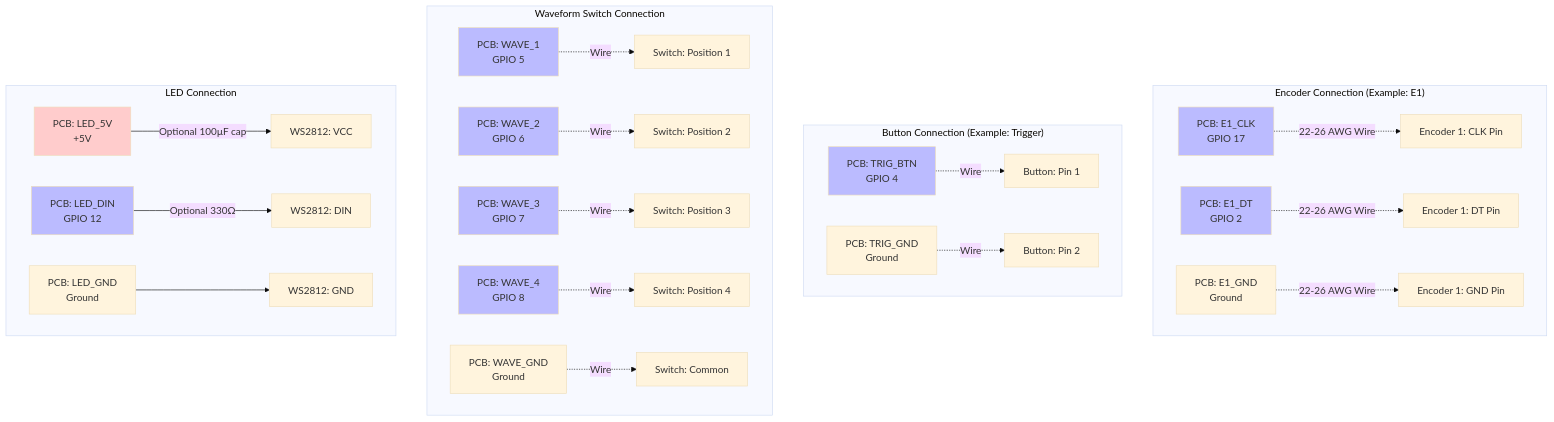
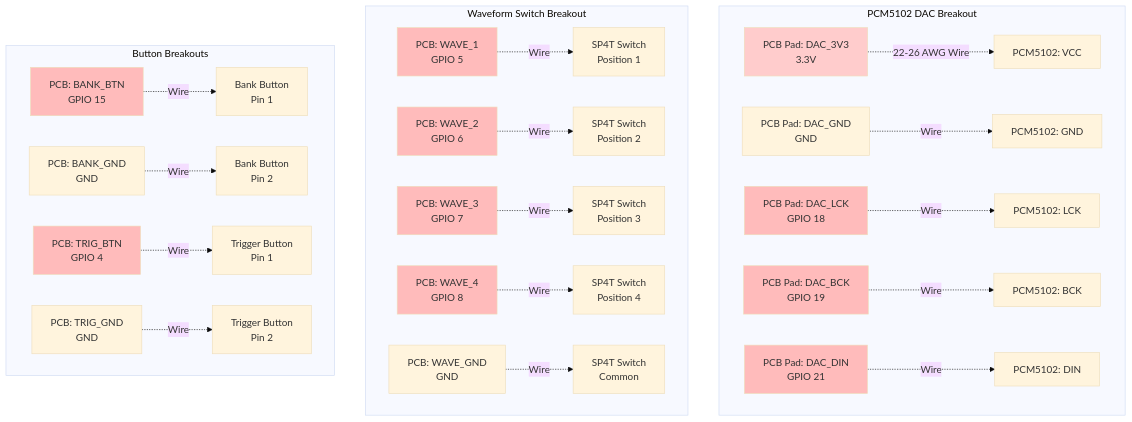
Before and after one commit to parkredding/poor-house-dub-v2: the sixth of 11 diagrams in PCB_SCHEMATIC.md, drawn with Mermaid (base theme). The commit also changed other lines of this file and 1 other file, not shown here.

First line of the commit message:
Update CSV and Mermaid schematics for hybrid PCB design

````diff
--- a/PCB_SCHEMATIC.md
+++ b/PCB_SCHEMATIC.md
@@ -190,71 +279,73 @@
 ```mermaid
 graph TB
-    subgraph "Encoder Connection (Example: E1)"
-        E1_PAD_CLK[PCB: E1_CLK<br/>GPIO 17]
-        E1_PAD_DT[PCB: E1_DT<br/>GPIO 2]
-        E1_PAD_GND[PCB: E1_GND<br/>Ground]
+    subgraph "PCM5102 DAC Breakout"
+        PAD_3V3[PCB Pad: DAC_3V3<br/>3.3V]
+        PAD_GND1[PCB Pad: DAC_GND<br/>GND]
+        PAD_LCK[PCB Pad: DAC_LCK<br/>GPIO 18]
+        PAD_BCK[PCB Pad: DAC_BCK<br/>GPIO 19]
+        PAD_DIN[PCB Pad: DAC_DIN<br/>GPIO 21]
 
-        E1_ENC_CLK[Encoder 1: CLK Pin]
-        E1_ENC_DT[Encoder 1: DT Pin]
-        E1_ENC_GND[Encoder 1: GND Pin]
+        DAC_3V3[PCM5102: VCC]
+        DAC_GND[PCM5102: GND]
+        DAC_LCK[PCM5102: LCK]
+        DAC_BCK[PCM5102: BCK]
+        DAC_DIN_PIN[PCM5102: DIN]
 
-        E1_PAD_CLK -.22-26 AWG Wire.-> E1_ENC_CLK
-        E1_PAD_DT -.22-26 AWG Wire.-> E1_ENC_DT
-        E1_PAD_GND -.22-26 AWG Wire.-> E1_ENC_GND
+        PAD_3V3 -.22-26 AWG Wire.-> DAC_3V3
+        PAD_GND1 -.Wire.-> DAC_GND
+        PAD_LCK -.Wire.-> DAC_LCK
+        PAD_BCK -.Wire.-> DAC_BCK
+        PAD_DIN -.Wire.-> DAC_DIN_PIN
     end
 
-    subgraph "Button Connection (Example: Trigger)"
-        BTN_PAD_SIG[PCB: TRIG_BTN<br/>GPIO 4]
-        BTN_PAD_GND[PCB: TRIG_GND<br/>Ground]
+    subgraph "Waveform Switch Breakout"
+        WPAD1[PCB: WAVE_1<br/>GPIO 5]
+        WPAD2[PCB: WAVE_2<br/>GPIO 6]
+        WPAD3[PCB: WAVE_3<br/>GPIO 7]
+        WPAD4[PCB: WAVE_4<br/>GPIO 8]
+        WPAD_GND[PCB: WAVE_GND<br/>GND]
 
-        BTN_PIN1[Button: Pin 1]
-        BTN_PIN2[Button: Pin 2]
+        SW_POS1[SP4T Switch<br/>Position 1]
+        SW_POS2[SP4T Switch<br/>Position 2]
+        SW_POS3[SP4T Switch<br/>Position 3]
+        SW_POS4[SP4T Switch<br/>Position 4]
+        SW_COM[SP4T Switch<br/>Common]
 
-        BTN_PAD_SIG -.Wire.-> BTN_PIN1
-        BTN_PAD_GND -.Wire.-> BTN_PIN2
+        WPAD1 -.Wire.-> SW_POS1
+        WPAD2 -.Wire.-> SW_POS2
+        WPAD3 -.Wire.-> SW_POS3
+        WPAD4 -.Wire.-> SW_POS4
+        WPAD_GND -.Wire.-> SW_COM
     end
 
-    subgraph "Waveform Switch Connection"
-        WAVE_PAD1[PCB: WAVE_1<br/>GPIO 5]
-        WAVE_PAD2[PCB: WAVE_2<br/>GPIO 6]
-        WAVE_PAD3[PCB: WAVE_3<br/>GPIO 7]
-        WAVE_PAD4[PCB: WAVE_4<br/>GPIO 8]
-        WAVE_PAD_GND[PCB: WAVE_GND<br/>Ground]
+    subgraph "Button Breakouts"
+        BPAD_BTN[PCB: BANK_BTN<br/>GPIO 15]
+        BPAD_GND[PCB: BANK_GND<br/>GND]
 
-        SW_POS1[Switch: Position 1]
-        SW_POS2[Switch: Position 2]
-        SW_POS3[Switch: Position 3]
-        SW_POS4[Switch: Position 4]
-        SW_COM[Switch: Common]
+        TPAD_BTN[PCB: TRIG_BTN<br/>GPIO 4]
+        TPAD_GND[PCB: TRIG_GND<br/>GND]
 
-        WAVE_PAD1 -.Wire.-> SW_POS1
-        WAVE_PAD2 -.Wire.-> SW_POS2
-        WAVE_PAD3 -.Wire.-> SW_POS3
-        WAVE_PAD4 -.Wire.-> SW_POS4
-        WAVE_PAD_GND -.Wire.-> SW_COM
+        BANK_PIN1[Bank Button<br/>Pin 1]
+        BANK_PIN2[Bank Button<br/>Pin 2]
+
+        TRIG_PIN1[Trigger Button<br/>Pin 1]
+        TRIG_PIN2[Trigger Button<br/>Pin 2]
+
+        BPAD_BTN -.Wire.-> BANK_PIN1
+        BPAD_GND -.Wire.-> BANK_PIN2
+
+        TPAD_BTN -.Wire.-> TRIG_PIN1
+        TPAD_GND -.Wire.-> TRIG_PIN2
     end
 
-    subgraph "LED Connection"
-        LED_PAD_5V[PCB: LED_5V<br/>+5V]
-        LED_PAD_DIN[PCB: LED_DIN<br/>GPIO 12]
-        LED_PAD_GND[PCB: LED_GND<br/>Ground]
-
-        LED_VCC[WS2812: VCC]
-        LED_DIN[WS2812: DIN]
-        LED_GND_PIN[WS2812: GND]
-
-        LED_PAD_5V -->|Optional 100µF cap| LED_VCC
-        LED_PAD_DIN -->|Optional 330Ω| LED_DIN
-        LED_PAD_GND --> LED_GND_PIN
-    end
-
-    style E1_PAD_CLK fill:#bbf
-    style E1_PAD_DT fill:#bbf
-    style BTN_PAD_SIG fill:#bbf
-    style WAVE_PAD1 fill:#bbf
-    style WAVE_PAD2 fill:#bbf
-    style WAVE_PAD3 fill:#bbf
-    style WAVE_PAD4 fill:#bbf
-    style LED_PAD_DIN fill:#bbf
-    style LED_PAD_5V fill:#fcc
+    style PAD_3V3 fill:#fcc
+    style PAD_LCK fill:#fbb
+    style PAD_BCK fill:#fbb
+    style PAD_DIN fill:#fbb
+    style WPAD1 fill:#fbb
+    style WPAD2 fill:#fbb
+    style WPAD3 fill:#fbb
+    style WPAD4 fill:#fbb
+    style BPAD_BTN fill:#fbb
+    style TPAD_BTN fill:#fbb
 ```
````
